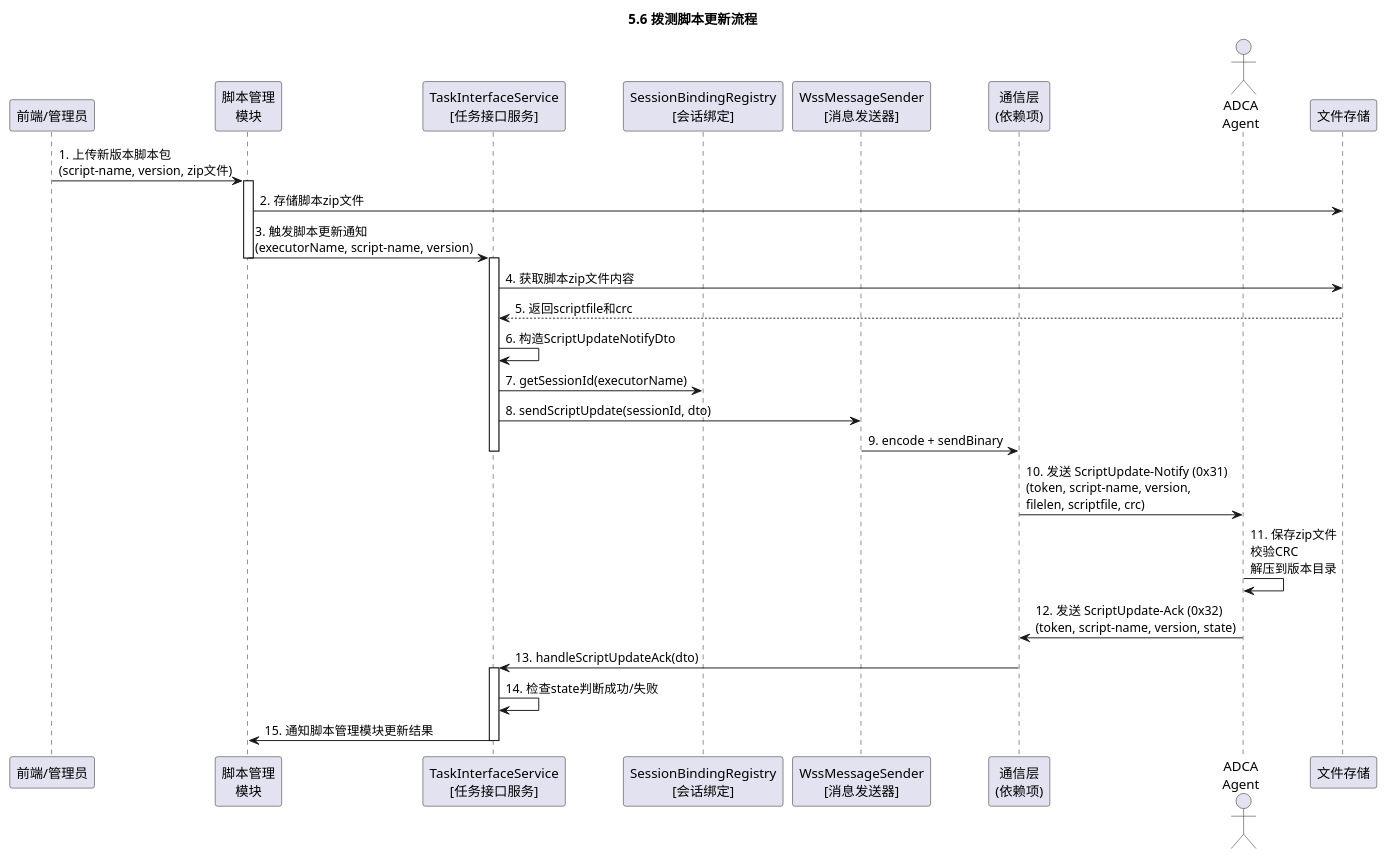
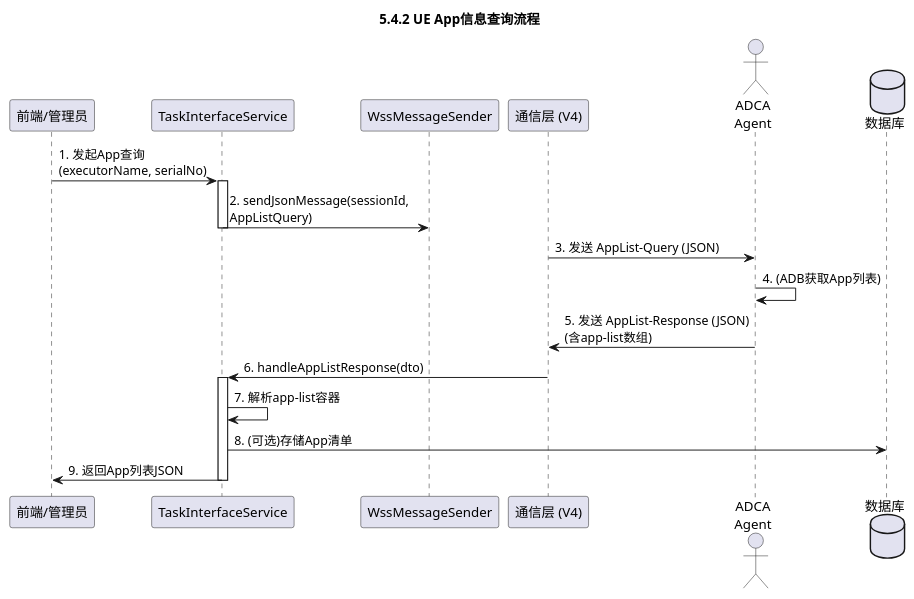
One commit to GuiHongli/DialTestCenter changed the ninth of 10 diagrams in AR软件实现设计文档/执行机管理/执行机管理-业务逻辑设计.md. Above: the diagram before and after it, drawn with PlantUML. The commit also changed other lines of this file and 48 other files, not shown here.

````diff
--- a/AR软件实现设计文档/执行机管理/执行机管理-业务逻辑设计.md
+++ b/AR软件实现设计文档/执行机管理/执行机管理-业务逻辑设计.md
@@ -736,46 +690,31 @@
 ```plantuml
 @startuml
-title 5.6 拨测脚本更新流程
+title 5.4.2 UE App信息查询流程
 
 participant "前端/管理员" as Admin
-participant "脚本管理\n模块" as ScriptMgmt
-participant "TaskInterfaceService\n[任务接口服务]" as TaskService
-participant "SessionBindingRegistry\n[会话绑定]" as BindingRegistry
-participant "WssMessageSender\n[消息发送器]" as Sender
-participant "通信层\n(依赖项)" as CommLayer
+participant "TaskInterfaceService" as TaskService
+participant "WssMessageSender" as Sender
+participant "通信层 (V4)" as CommLayer
 actor "ADCA\nAgent" as Agent
-participant "文件存储" as Storage
+database "数据库" as DB
 
-Admin -> ScriptMgmt : 1. 上传新版本脚本包\n(script-name, version, zip文件)
-
-activate ScriptMgmt
-    ScriptMgmt -> Storage : 2. 存储脚本zip文件
-    ScriptMgmt -> TaskService : 3. 触发脚本更新通知\n(executorName, script-name, version)
-deactivate ScriptMgmt
-
+Admin -> TaskService : 1. 发起App查询\n(executorName, serialNo)
 activate TaskService
-    TaskService -> Storage : 4. 获取脚本zip文件内容
-    Storage --> TaskService : 5. 返回scriptfile和crc
-    
-    TaskService -> TaskService : 6. 构造ScriptUpdateNotifyDto
-    TaskService -> BindingRegistry : 7. getSessionId(executorName)
-    TaskService -> Sender : 8. sendScriptUpdate(sessionId, dto)
-    
-    Sender -> CommLayer : 9. encode + sendBinary
+    TaskService -> Sender : 2. sendJsonMessage(sessionId,\nAppListQuery)
 deactivate TaskService
 
-CommLayer -> Agent : 10. 发送 ScriptUpdate-Notify (0x31)\n(token, script-name, version,\nfilelen, scriptfile, crc)
+CommLayer -> Agent : 3. 发送 AppList-Query (JSON)
 
-Agent -> Agent : 11. 保存zip文件\n校验CRC\n解压到版本目录
+Agent -> Agent : 4. (ADB获取App列表)
 
-Agent -> CommLayer : 12. 发送 ScriptUpdate-Ack (0x32)\n(token, script-name, version, state)
+Agent -> CommLayer : 5. 发送 AppList-Response (JSON)\n(含app-list数组)
 
-CommLayer -> TaskService : 13. handleScriptUpdateAck(dto)
-
+CommLayer -> TaskService : 6. handleAppListResponse(dto)
 activate TaskService
-    TaskService -> TaskService : 14. 检查state判断成功/失败
-    TaskService -> ScriptMgmt : 15. 通知脚本管理模块更新结果
+    TaskService -> TaskService : 7. 解析app-list容器
+    TaskService -> DB : 8. (可选)存储App清单
+    TaskService -> Admin : 9. 返回App列表JSON
 deactivate TaskService
 
 @enduml
 ```
````
